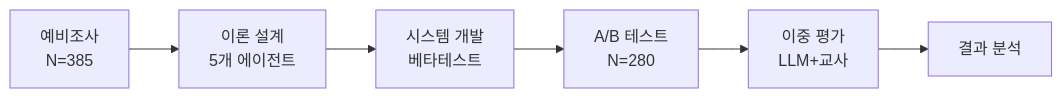
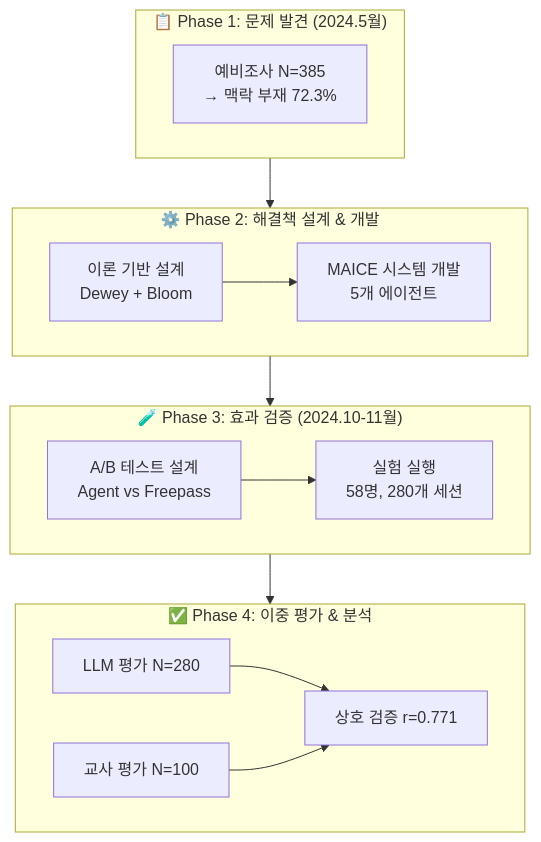
One commit to KimKyuBong/maice-paper-deploy changed the second of 2 diagrams in docs/chapters/01-introduction.md. Above: the diagram before and after it, drawn with Mermaid.

Commit message:
그림 1-2 연구 절차 재설계 - 4단계 Phase 구조
개선:
- 4개 Phase로 명확히 구분
- 각 Phase 내부 흐름 표시
- 핵심 질문 중심 재구성

Phase 1: 문제 발견 (예비조사)
Phase 2: 해결책 설계 & 개발 (이론 → MAICE)
Phase 3: 효과 검증 (A/B 테스트)
Phase 4: 이중 평가 & 분석 (LLM + 교사)

가독성 대폭 향상!

````diff
--- a/docs/chapters/01-introduction.md
+++ b/docs/chapters/01-introduction.md
@@ -205,8 +205,30 @@
 ```mermaid
-graph LR
-    A["예비조사<br/>N=385"] --> B["이론 설계<br/>5개 에이전트"]
-    B --> C["시스템 개발<br/>베타테스트"]
-    C --> D["A/B 테스트<br/>N=280"]
-    D --> E["이중 평가<br/>LLM+교사"]
-    E --> F["결과 분석"]
+graph TB
+    subgraph Phase1["📋 Phase 1: 문제 발견 (2024.5월)"]
+        A[예비조사 N=385<br/>→ 맥락 부재 72.3%]
+    end
+    
+    subgraph Phase2["⚙️ Phase 2: 해결책 설계 & 개발"]
+        B[이론 기반 설계<br/>Dewey + Bloom]
+        C[MAICE 시스템 개발<br/>5개 에이전트]
+        B --> C
+    end
+    
+    subgraph Phase3["🧪 Phase 3: 효과 검증 (2024.10-11월)"]
+        D[A/B 테스트 설계<br/>Agent vs Freepass]
+        E[실험 실행<br/>58명, 280개 세션]
+        D --> E
+    end
+    
+    subgraph Phase4["✅ Phase 4: 이중 평가 & 분석"]
+        F[LLM 평가 N=280]
+        G[교사 평가 N=100]
+        H[상호 검증 r=0.771]
+        F --> H
+        G --> H
+    end
+    
+    Phase1 --> Phase2
+    Phase2 --> Phase3
+    Phase3 --> Phase4
 ```
````
